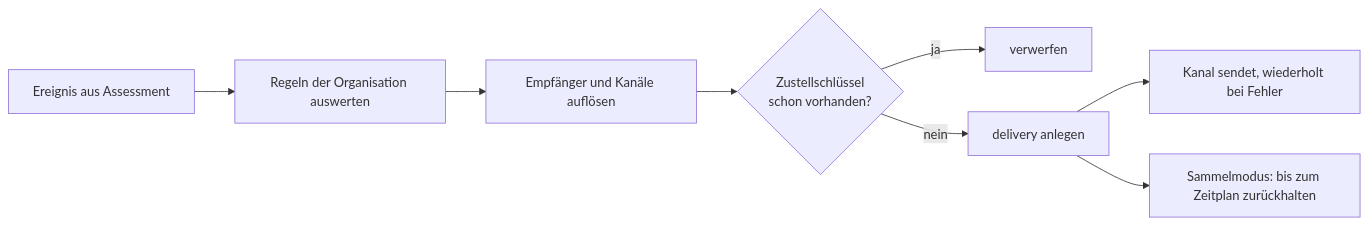
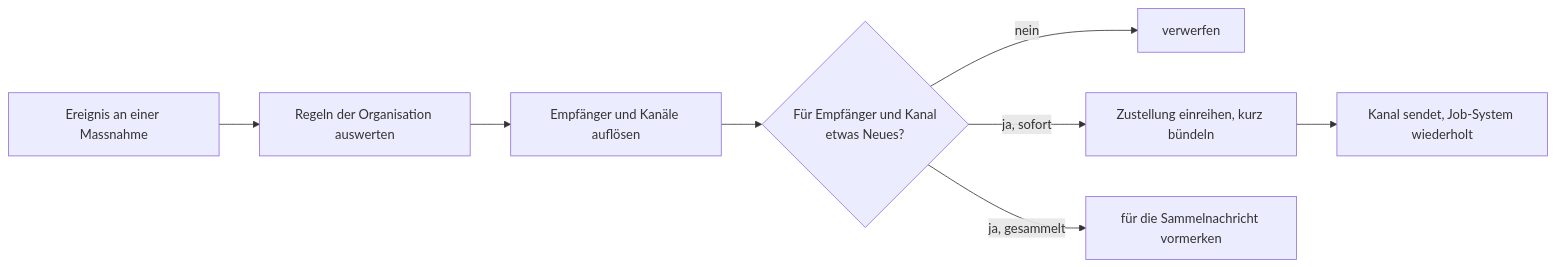
The diagram in docs/masterplan/08-benachrichtigungen.md (NicoM77/Ardea), drawn with Mermaid before and after one commit. The commit also changed other lines of this file and 23 other files, not shown here.

````diff
--- a/docs/masterplan/08-benachrichtigungen.md
+++ b/docs/masterplan/08-benachrichtigungen.md
@@ -7,10 +9,10 @@
 ```mermaid
 flowchart LR
-  E[Ereignis aus Assessment] --> R[Regeln der Organisation auswerten]
+  E[Ereignis an einer Massnahme] --> R[Regeln der Organisation auswerten]
   R --> T[Empfänger und Kanäle auflösen]
-  T --> D{Zustellschlüssel<br/>schon vorhanden?}
-  D -- ja --> X[verwerfen]
-  D -- nein --> O[delivery anlegen]
-  O --> S[Kanal sendet, wiederholt bei Fehler]
-  O --> G[Sammelmodus: bis zum Zeitplan zurückhalten]
+  T --> Z{Für Empfänger und Kanal<br/>etwas Neues?}
+  Z -- nein --> X[verwerfen]
+  Z -- ja, sofort --> O[Zustellung einreihen, kurz bündeln]
+  Z -- ja, gesammelt --> G[für die Sammelnachricht vormerken]
+  O --> S[Kanal sendet, Job-System wiederholt]
 ```
````
